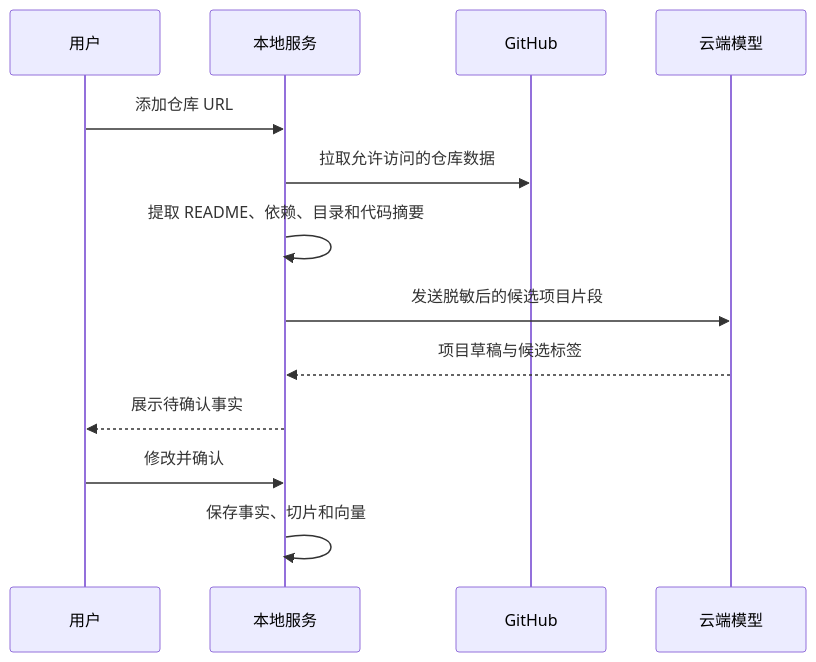
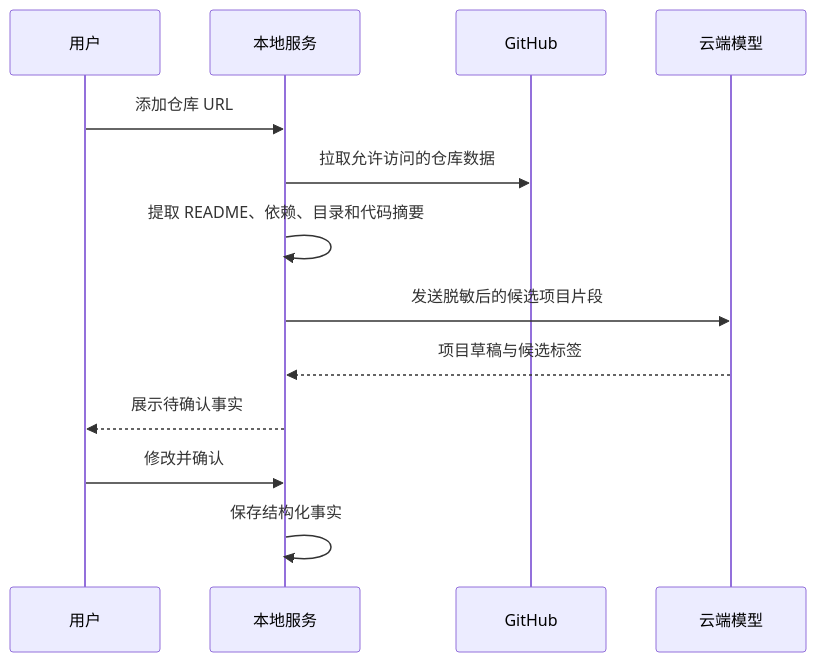
One commit to a764506248/Job-Search-Assistant changed the third of 5 diagrams in docs/ARCHITECTURE.md. Above: the diagram before and after it, drawn with Mermaid. The commit also changed other lines of this file and 93 other files, not shown here.

````diff
--- a/docs/ARCHITECTURE.md
+++ b/docs/ARCHITECTURE.md
@@ -135,16 +134,16 @@
 ```mermaid
 sequenceDiagram
     participant User as 用户
     participant Local as 本地服务
     participant GitHub as GitHub
     participant LLM as 云端模型
 
     User->>Local: 添加仓库 URL
     Local->>GitHub: 拉取允许访问的仓库数据
     Local->>Local: 提取 README、依赖、目录和代码摘要
     Local->>LLM: 发送脱敏后的候选项目片段
     LLM-->>Local: 项目草稿与候选标签
     Local-->>User: 展示待确认事实
     User->>Local: 修改并确认
-    Local->>Local: 保存事实、切片和向量
+    Local->>Local: 保存结构化事实
 ```
````
